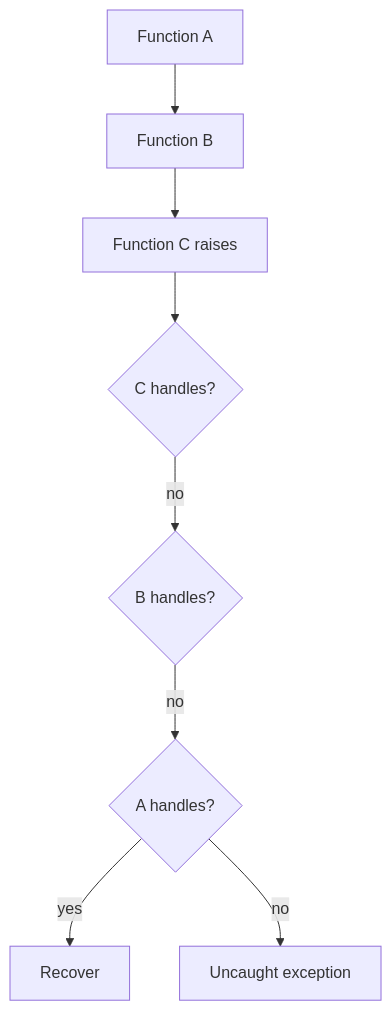
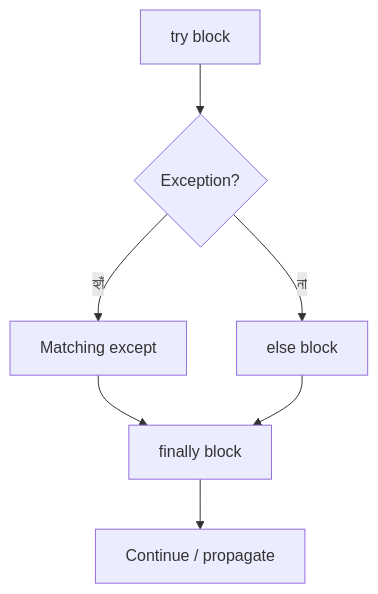
One commit to shomi-khan/preparation changed the second of 7 diagrams in day1/05-exceptions-type-hints/README.md. Above: the diagram before and after it, drawn with Mermaid. The commit also changed other lines of this file, not shown here.

Commit message:
Improve exception handling and type hints interview guide

````diff
--- a/day1/05-exceptions-type-hints/README.md
+++ b/day1/05-exceptions-type-hints/README.md
@@ -123,10 +47,9 @@
-```mermaid
+~~~mermaid
 flowchart TD
- A["Function A"] --> B["Function B"]
- B --> C["Function C raises"]
- C --> D{"C handles?"}
- D -->|no| E{"B handles?"}
- E -->|no| F{"A handles?"}
- F -->|yes| G["Recover"]
- F -->|no| H["Uncaught exception"]
-```
+    A["try block"] --> B{"Exception?"}
+    B -->|হ্যাঁ| C["Matching except"]
+    B -->|না| D["else block"]
+    C --> E["finally block"]
+    D --> E
+    E --> F["Continue / propagate"]
+~~~
````
